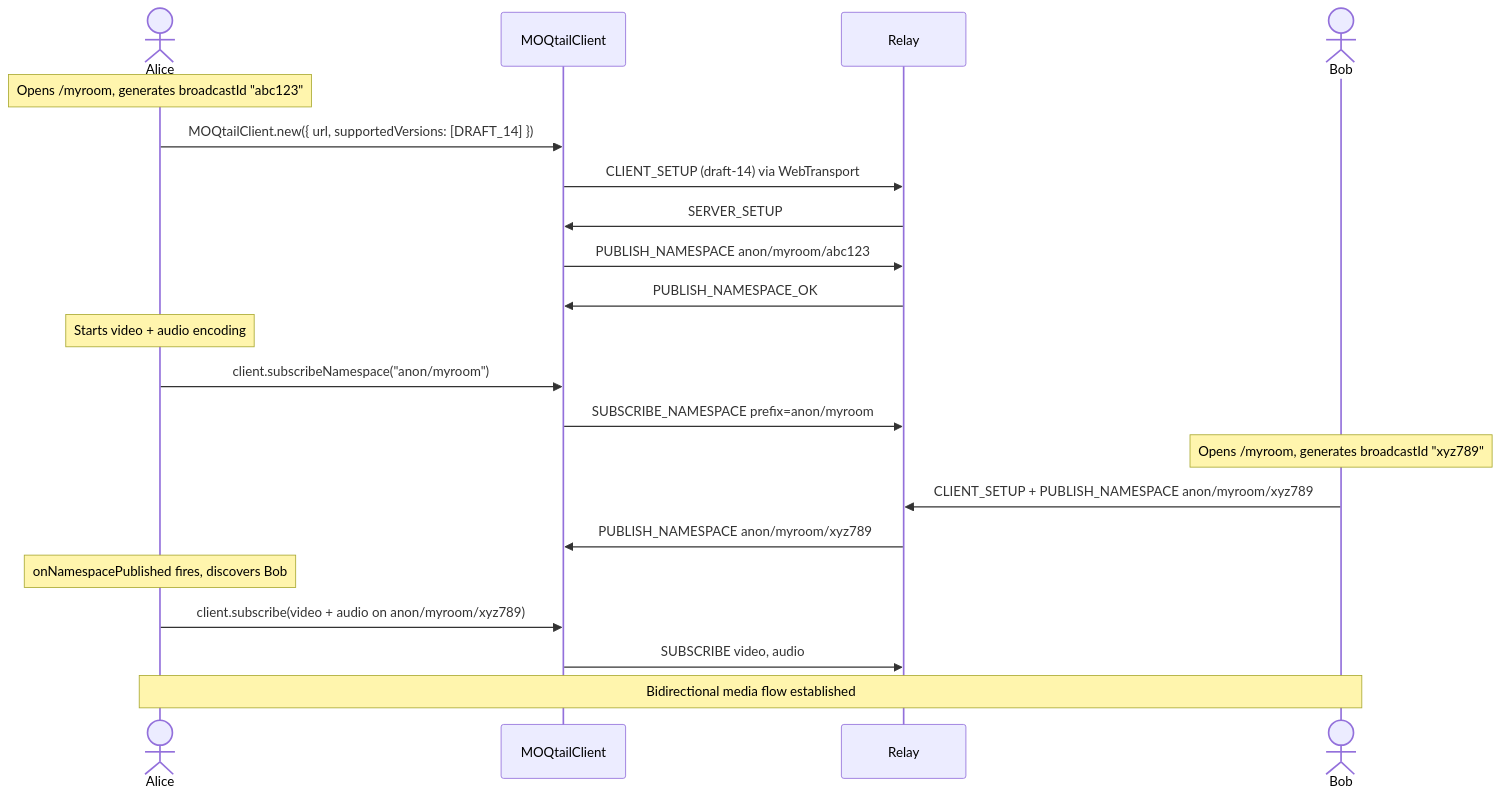
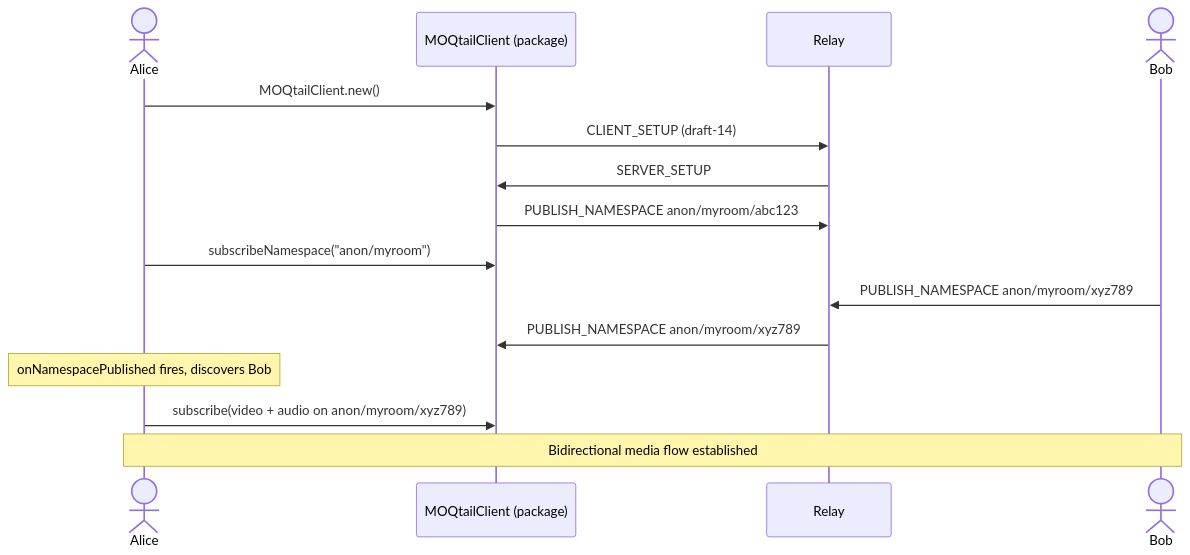
The second of 2 diagrams in ARCHITECTURE.md (pathscale/moq-test5-moqtail), drawn with Mermaid before and after one commit. The commit also changed other lines of this file, not shown here.

Commit message:
docs: simplify ARCHITECTURE.md — reduce from 8 diagrams to 2

````diff
--- a/ARCHITECTURE.md
+++ b/ARCHITECTURE.md
@@ -126,28 +79,21 @@
 ```mermaid
 sequenceDiagram
     actor A as Alice
-    participant M as MOQtailClient
+    participant C as MOQtailClient (package)
     participant R as Relay
     actor B as Bob
 
-    Note over A: Opens /myroom, generates broadcastId "abc123"
-    A->>M: MOQtailClient.new({ url, supportedVersions: [DRAFT_14] })
-    M->>R: CLIENT_SETUP (draft-14) via WebTransport
-    R->>M: SERVER_SETUP
-    M->>R: PUBLISH_NAMESPACE anon/myroom/abc123
-    R->>M: PUBLISH_NAMESPACE_OK
-    Note over A: Starts video + audio encoding
+    A->>C: MOQtailClient.new()
+    C->>R: CLIENT_SETUP (draft-14)
+    R->>C: SERVER_SETUP
+    C->>R: PUBLISH_NAMESPACE anon/myroom/abc123
 
-    A->>M: client.subscribeNamespace("anon/myroom")
-    M->>R: SUBSCRIBE_NAMESPACE prefix=anon/myroom
+    A->>C: subscribeNamespace("anon/myroom")
 
-    Note over B: Opens /myroom, generates broadcastId "xyz789"
-    B->>R: CLIENT_SETUP + PUBLISH_NAMESPACE anon/myroom/xyz789
-    R->>M: PUBLISH_NAMESPACE anon/myroom/xyz789
-
+    B->>R: PUBLISH_NAMESPACE anon/myroom/xyz789
+    R->>C: PUBLISH_NAMESPACE anon/myroom/xyz789
     Note over A: onNamespacePublished fires, discovers Bob
-    A->>M: client.subscribe(video + audio on anon/myroom/xyz789)
-    M->>R: SUBSCRIBE video, audio
+    A->>C: subscribe(video + audio on anon/myroom/xyz789)
 
     Note over A,B: Bidirectional media flow established
 ```
````
